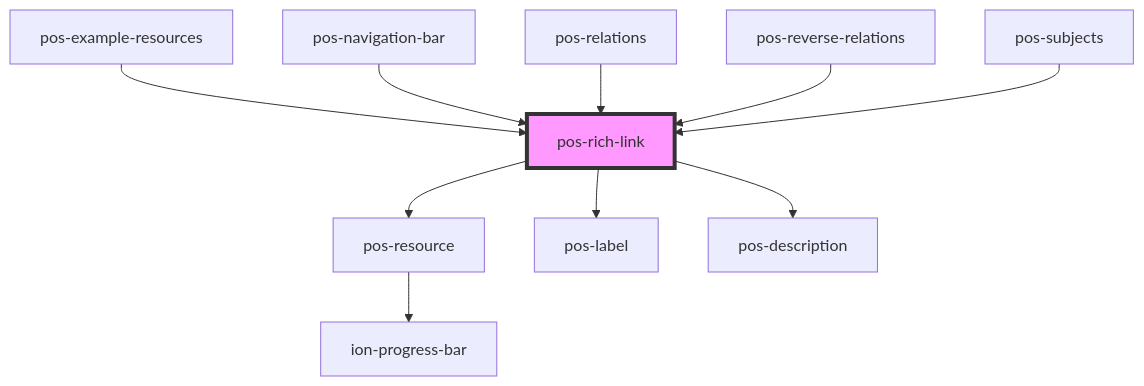
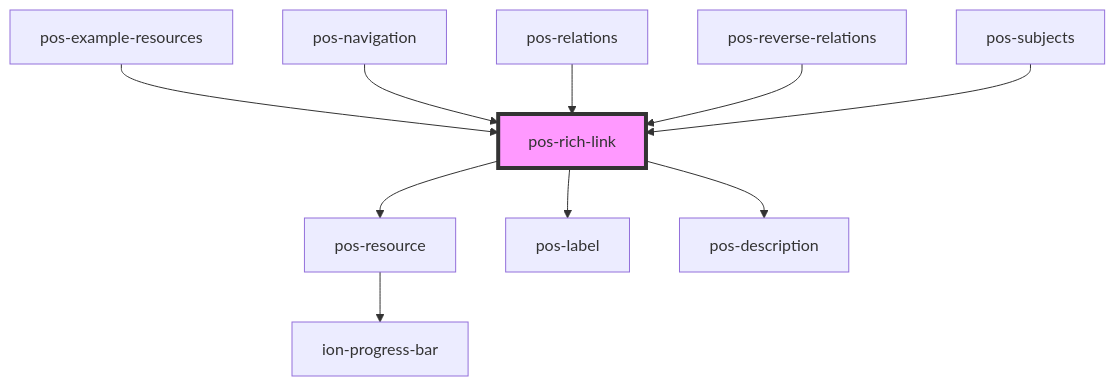
Before and after one commit to pod-os/PodOS: the diagram in docs/elements/components/pos-rich-link/readme.md, drawn with Mermaid. The commit also changed other lines of this file and 12 other files, not shown here.

Commit message:
BREAKING CHANGE: rename pos-navigation-bar to pos-navigation

````diff
--- a/docs/elements/components/pos-rich-link/readme.md
+++ b/docs/elements/components/pos-rich-link/readme.md
@@ -39,13 +39,13 @@
 ```mermaid
 graph TD;
   pos-rich-link --> pos-resource
   pos-rich-link --> pos-label
   pos-rich-link --> pos-description
   pos-resource --> ion-progress-bar
   pos-example-resources --> pos-rich-link
-  pos-navigation-bar --> pos-rich-link
+  pos-navigation --> pos-rich-link
   pos-relations --> pos-rich-link
   pos-reverse-relations --> pos-rich-link
   pos-subjects --> pos-rich-link
   style pos-rich-link fill:#f9f,stroke:#333,stroke-width:4px
 ```
````
